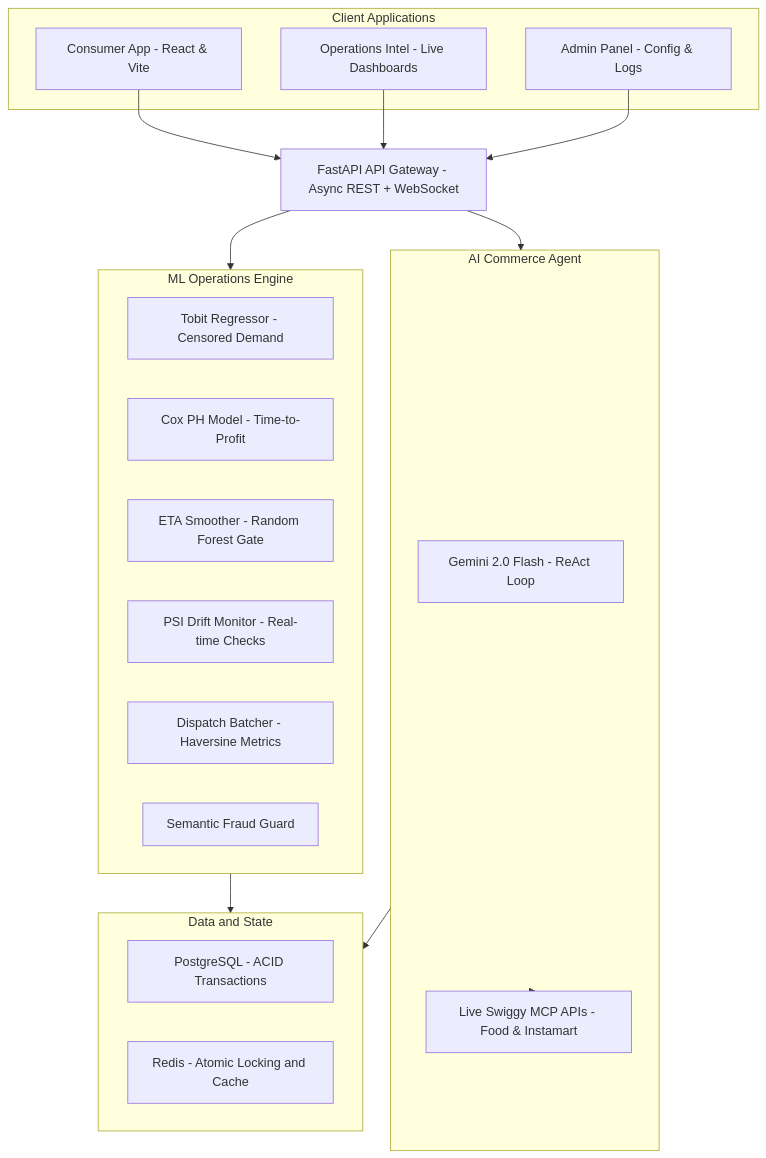
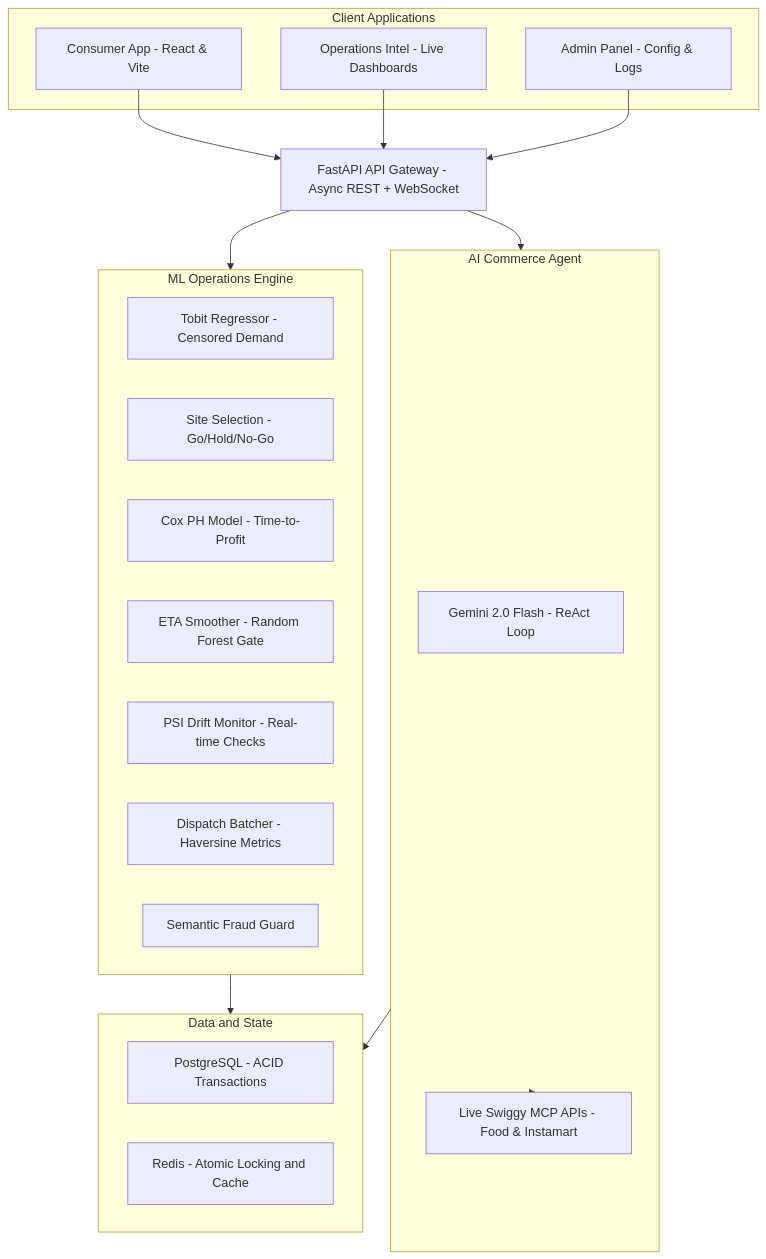
One commit to Gaurav711cgu/HyperFlow changed the diagram in README.md. Above: the diagram before and after it, drawn with Mermaid. The commit also changed other lines of this file and 11 other files, not shown here.

Commit message:
feat: Add Instamart Dark Store Site Selection ML module, MCP tool, unit tests, and Site Selection Lab UI

````diff
--- a/README.md
+++ b/README.md
@@ -64,40 +92,41 @@
 ```mermaid
 graph TD
     subgraph Frontend["Client Applications"]
         Consumer["Consumer App - React & Vite"]
         Ops["Operations Intel - Live Dashboards"]
         Admin["Admin Panel - Config & Logs"]
     end
 
     Gateway["FastAPI API Gateway - Async REST + WebSocket"]
 
     subgraph ML["ML Operations Engine"]
         Tobit["Tobit Regressor - Censored Demand"]
+        Site["Site Selection - Go/Hold/No-Go"]
         Cox["Cox PH Model - Time-to-Profit"]
         ETA["ETA Smoother - Random Forest Gate"]
         PSI["PSI Drift Monitor - Real-time Checks"]
         Dispatch["Dispatch Batcher - Haversine Metrics"]
         Fraud["Semantic Fraud Guard"]
     end
 
     subgraph Agent["AI Commerce Agent"]
         Gemini["Gemini 2.0 Flash - ReAct Loop"]
         MCP["Live Swiggy MCP APIs - Food & Instamart"]
     end
 
     subgraph Data["Data and State"]
         PG["PostgreSQL - ACID Transactions"]
         Redis["Redis - Atomic Locking and Cache"]
     end
 
     Consumer --> Gateway
     Ops --> Gateway
     Admin --> Gateway
 
     Gateway --> ML
     Gateway --> Agent
 
     ML --> Data
     Agent --> Data
     Agent --> MCP
 ```
````
